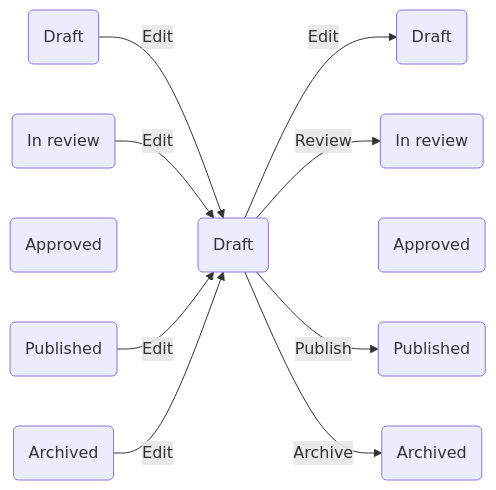
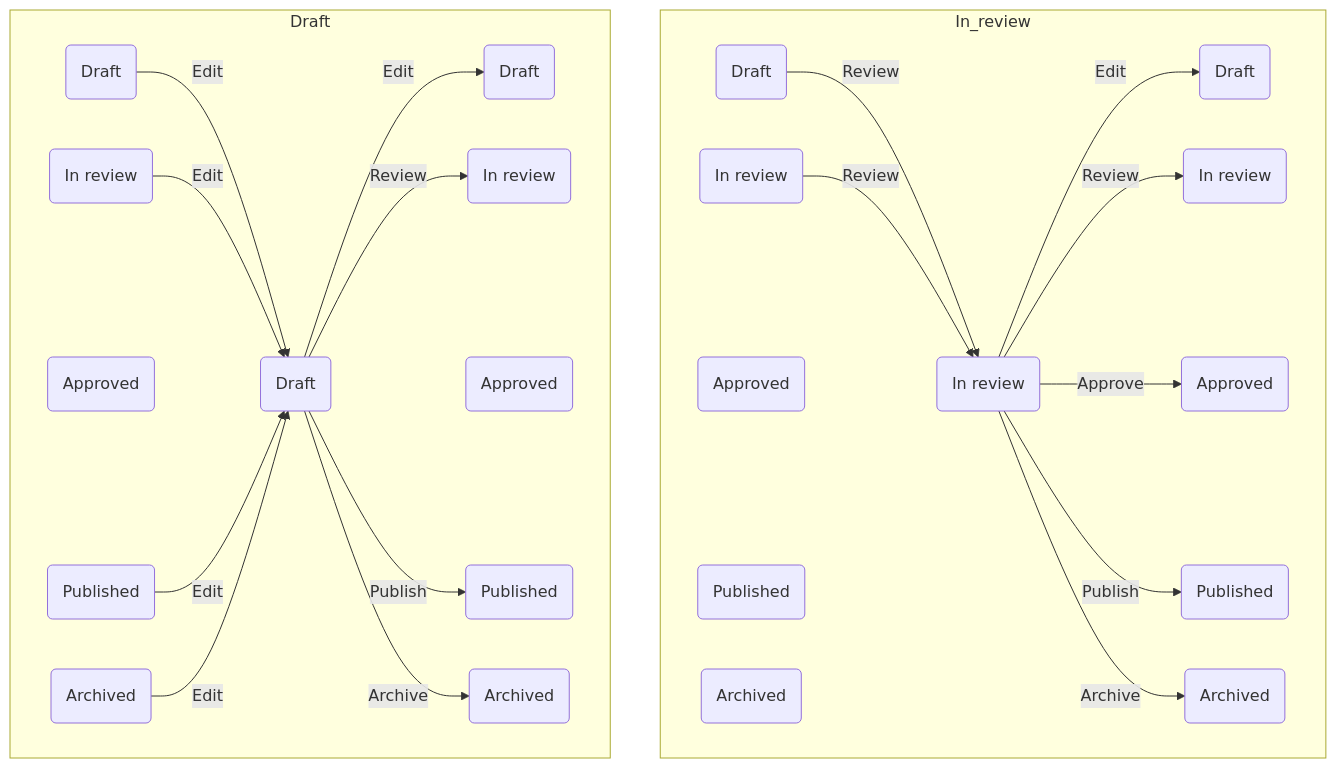
One commit to department-of-veterans-affairs/va.gov-team changed the third of 3 diagrams in platform/cms/content-governance/content-moderation-roles/README.md. Above: the diagram before and after it, drawn with Mermaid. The commit also changed other lines of this file, not shown here.

Commit message:
Added in review diagram

````diff
--- a/platform/cms/content-governance/content-moderation-roles/README.md
+++ b/platform/cms/content-governance/content-moderation-roles/README.md
@@ -86,26 +85,53 @@
 ```mermaid
 flowchart LR
+    subgraph Draft
+    direction LR
     A1(Draft)
     A2(Draft)
     A3(Draft)
     B1(In review)
     B2(In review)
     C1(Approved)
     C2(Approved)
     D1(Published)
     D2(Published)
     E1(Archived)
     E2(Archived)
     A1 -->|Edit| A2
     A2 -->|Edit| A3
     A2 -->|Review| B2
     B1 -->|Edit| A2
     C1 ~~~ A2
     A2 ~~~ C2
     D1 -->|Edit| A2
     E1 -->|Edit| A2
     A2 -->|Publish| D2
     A2 -->|Archive| E2
-    
+    end
+    Draft ~~~ In_review
+    subgraph In_review
+    direction LR
+    A1B(Draft)
+    A2B(Draft)
+    B1B(In review)
+    B2B(In review)
+    B3B(In review)
+    C1B(Approved)
+    C2B(Approved)
+    D1B(Published)
+    D2B(Published)
+    E1B(Archived)
+    E2B(Archived)
+    A1B -->|Review| B2B
+    B2B -->|Edit| A2B
+    B1B -->|Review|B2B
+    B2B -->|Review|B3B
+    C1B ~~~ B2B
+    B2B -->|Approve| C2B
+    D1B ~~~ B2B
+    B2B -->|Publish| D2B
+    E1B ~~~ B2B
+    B2B -->|Archive| E2B
+    end
 
  ```
````
